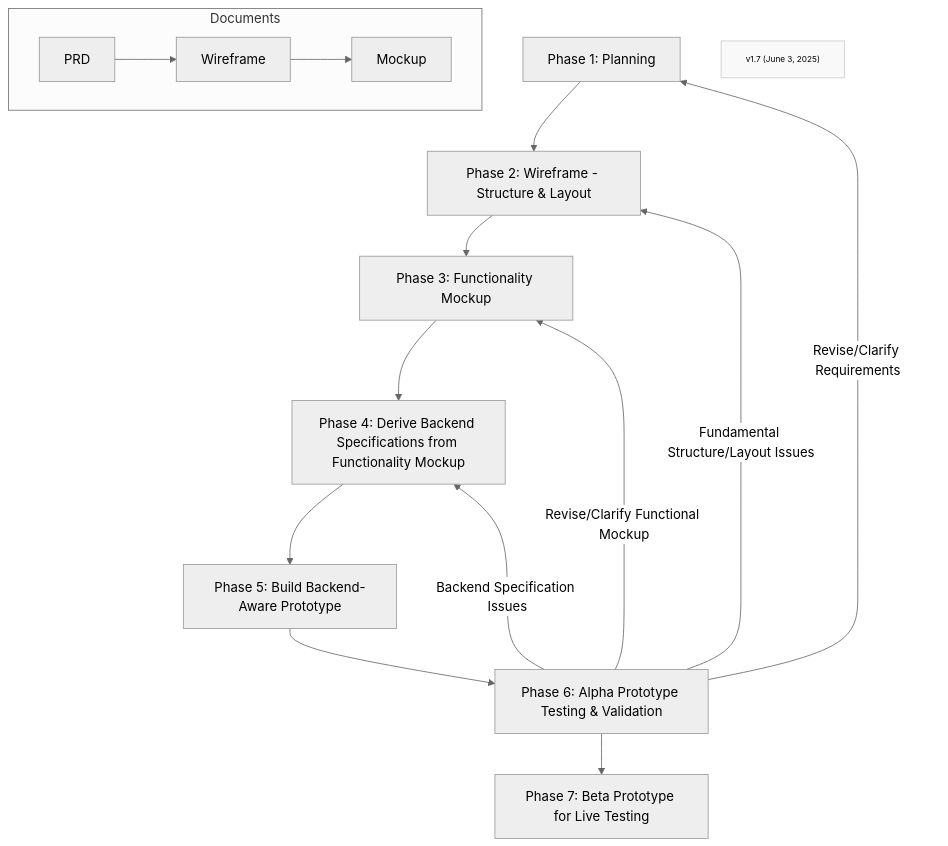
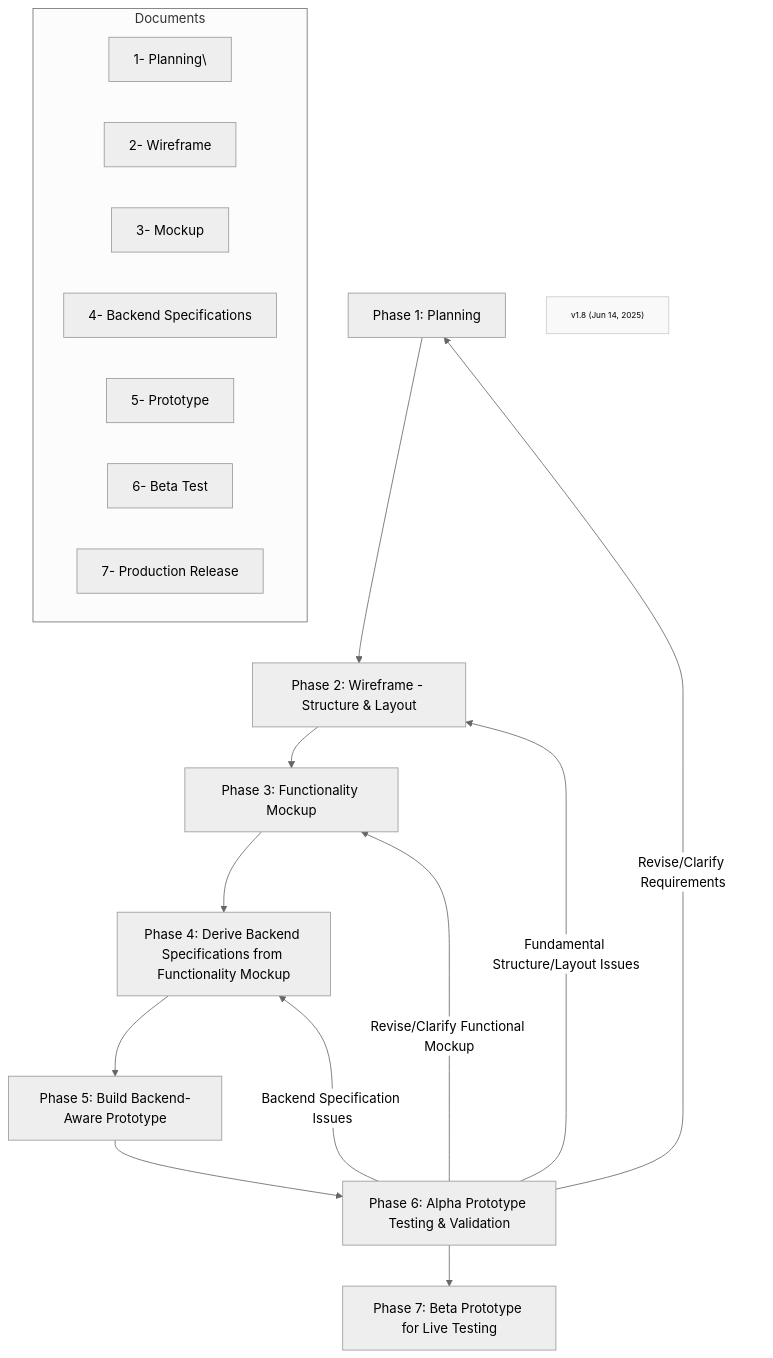
The diagram in Phases/FF-overview.md (Mharbulous/Front-First-Method), drawn with Mermaid (neutral theme) before and after one commit.

````diff
--- a/Phases/FF-overview.md
+++ b/Phases/FF-overview.md
@@ -1,25 +1,29 @@
 ```mermaid
 graph TD
     Phase1["Phase 1: Planning"] --> Phase2["Phase 2: Wireframe - Structure & Layout"]
     Phase2 --> Phase3["Phase 3: Functionality Mockup"]
     Phase3 --> Phase4["Phase 4: Derive Backend Specifications from Functionality Mockup"]
     Phase4 --> Phase5["Phase 5: Build Backend-Aware Prototype"]
     Phase5 --> Phase6["Phase 6: Alpha Prototype Testing & Validation"]
     Phase6 --> Phase7["Phase 7: Beta Prototype for Live Testing"]
     
     Phase6 -->|Revise/Clarify Requirements| Phase1
     Phase6 -->|Fundamental Structure/Layout Issues| Phase2
     Phase6 -->|Revise/Clarify Functional Mockup| Phase3
     Phase6 -->|Backend Specification Issues| Phase4    
     
     subgraph Files["Documents"]
-        PRD --> Wireframe
-        Wireframe --> Mockup
-
-
+        PRD["1- Planning\"]
+        Wireframe["2- Wireframe"]
+        Mockup["3- Mockup"]
+        Specs["4- Backend Specifications"]
+        Prototype["5- Prototype"]
+        Alpha["5- Alpha Test"]
+        Alpha["6- Beta Test"]
+        Production["7- Production Release"]
     end
 
-    VersionInfo["v1.7 (June 3, 2025)"]
+    VersionInfo["v1.8 (Jun 14, 2025)"]
     classDef version fill:#f9f9f9,stroke:#ccc,font-size:10px;
     class VersionInfo version
 ```
````
